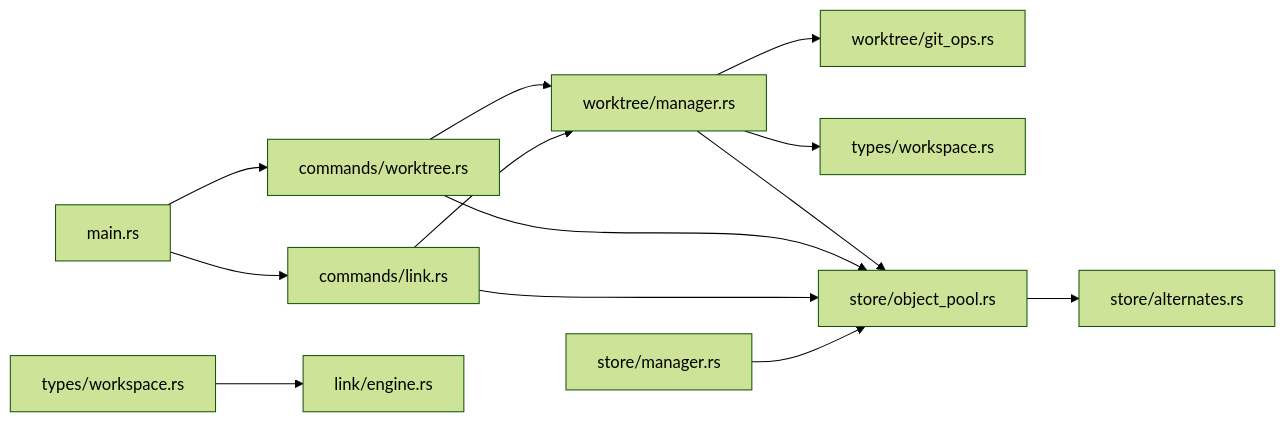
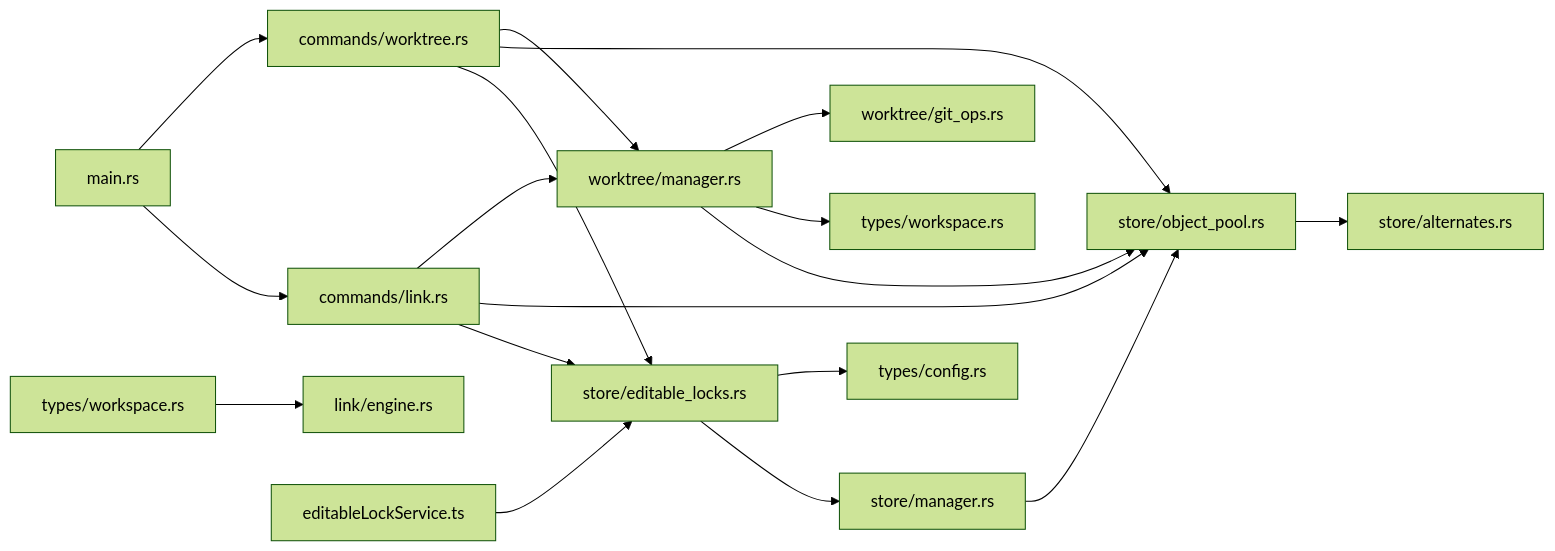
The ninth of 9 diagrams in .qoder/repowiki/en/content/Core Features Documentation/Git Worktree Integration (Editable Mode).md (HWH-2019/vdw), drawn with Mermaid (forest theme) before and after one commit. The commit also changed other lines of this file and 6 other files, not shown here.

````diff
--- a/.qoder/repowiki/en/content/Core Features Documentation/Git Worktree Integration (Editable Mode).md
+++ b/.qoder/repowiki/en/content/Core Features Documentation/Git Worktree Integration (Editable Mode).md
@@ -359,15 +533,20 @@
 ```mermaid
 graph LR
 WM["worktree/manager.rs"] --> GO["worktree/git_ops.rs"]
 WM --> TI["types/workspace.rs"]
 WM --> OP["store/object_pool.rs"]
+EL["store/editable_locks.rs"] --> CFG["types/config.rs"]
+EL --> SM["store/manager.rs"]
 CLI["commands/worktree.rs"] --> WM
 CLI --> OP
+CLI --> EL
 LINK["commands/link.rs"] --> WM
 LINK --> OP
+LINK --> EL
 MAIN["main.rs"] --> CLI
 MAIN --> LINK
 WS["types/workspace.rs"] --> LE["link/engine.rs"]
 OP --> ALT["store/alternates.rs"]
-SM["store/manager.rs"] --> OP
+SM --> OP
+VSC["editableLockService.ts"] --> EL
 ```
````
